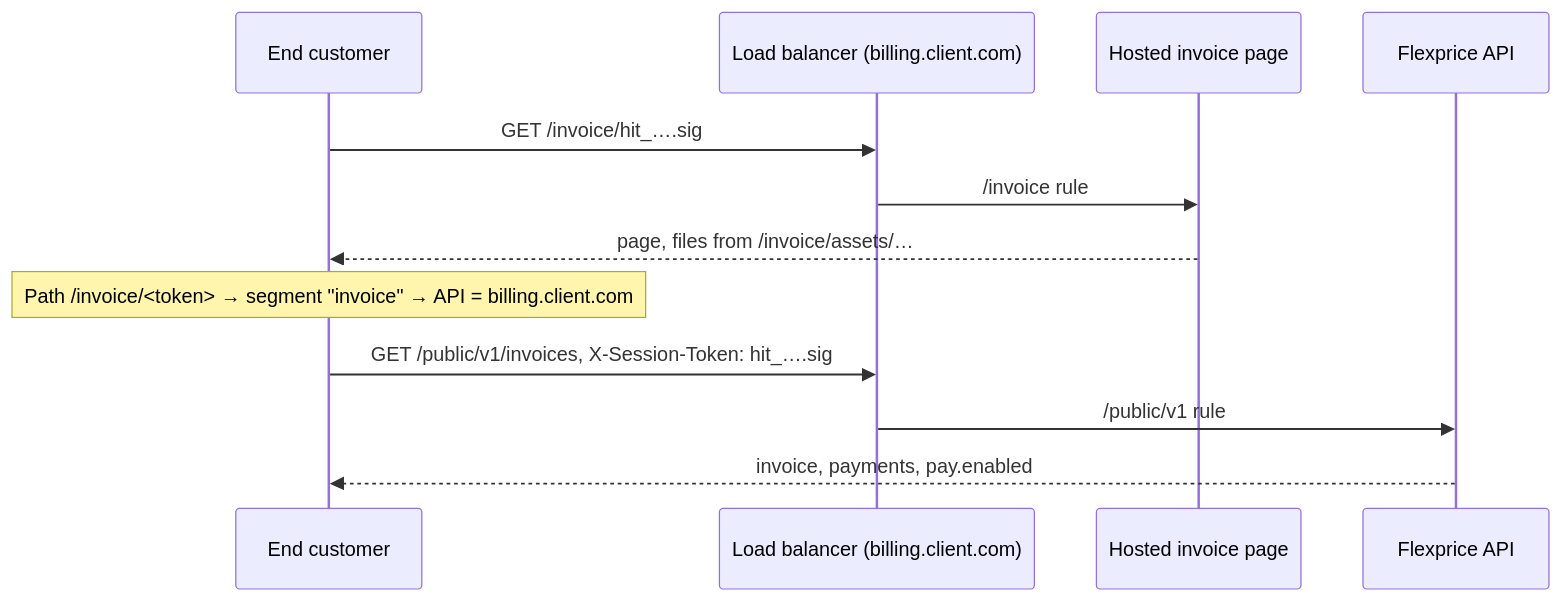
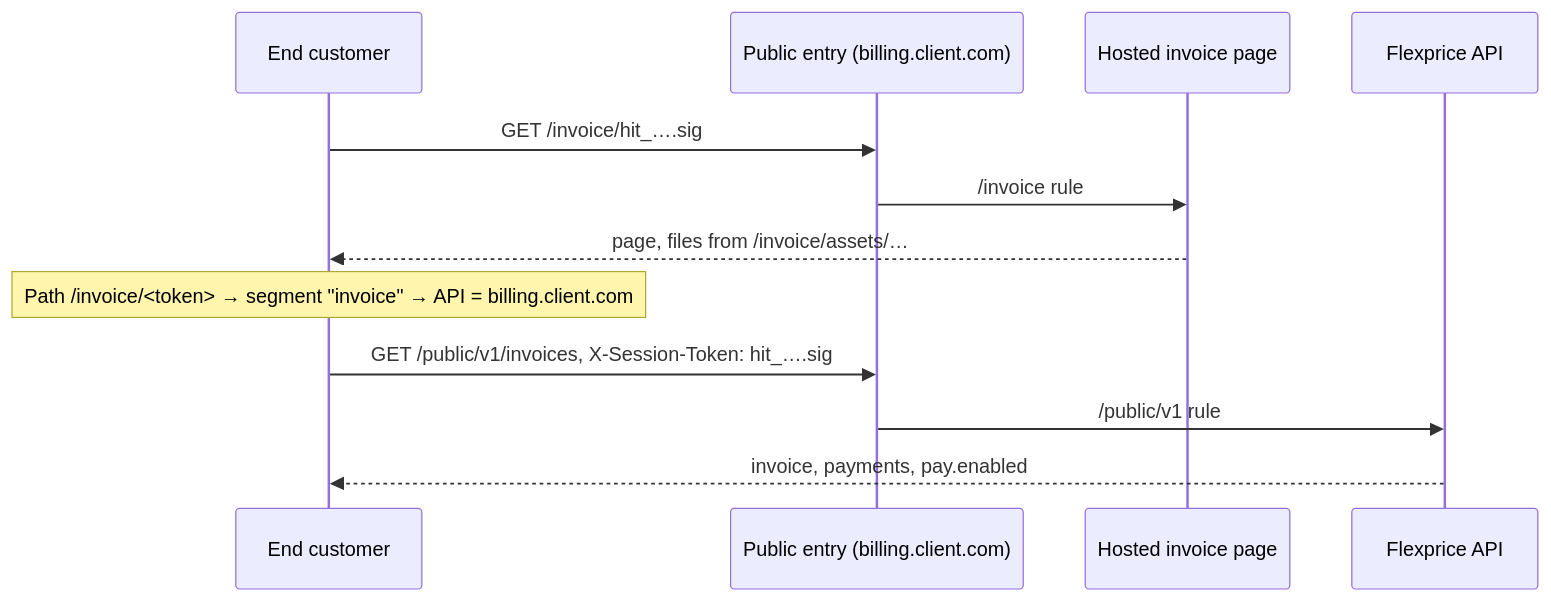
One commit to flexprice/flexprice changed the third of 3 diagrams in docs/design/2026-10-20-hosted-invoice-byoc-setup.md. Above: the diagram before and after it, drawn with Mermaid. The commit also changed other lines of this file and 1 other file, not shown here.

Commit message:
docs: hosted invoice BYOC exposes only /invoice and /public/v1 publicly

````diff
--- a/docs/design/2026-10-20-hosted-invoice-byoc-setup.md
+++ b/docs/design/2026-10-20-hosted-invoice-byoc-setup.md
@@ -40,15 +48,15 @@
 ```mermaid
 sequenceDiagram
   participant C as End customer
-  participant LB as Load balancer (billing.client.com)
+  participant LB as Public entry (billing.client.com)
   participant P as Hosted invoice page
   participant API as Flexprice API
 
   C->>LB: GET /invoice/hit_….sig
   LB->>P: /invoice rule
   P-->>C: page, files from /invoice/assets/…
   Note over C: Path /invoice/<token> → segment "invoice" → API = billing.client.com
   C->>LB: GET /public/v1/invoices, X-Session-Token: hit_….sig
   LB->>API: /public/v1 rule
   API-->>C: invoice, payments, pay.enabled
 ```
````
